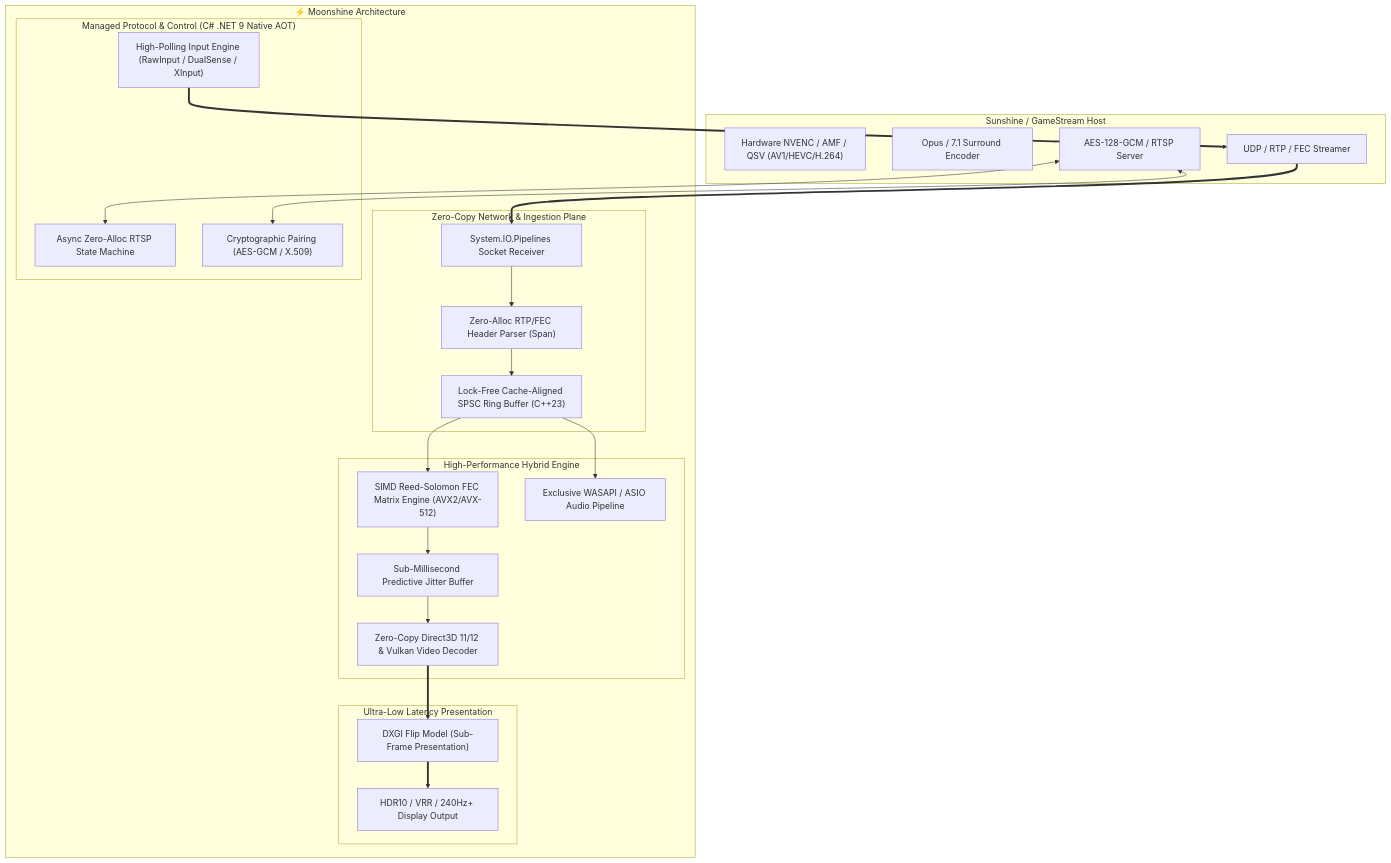
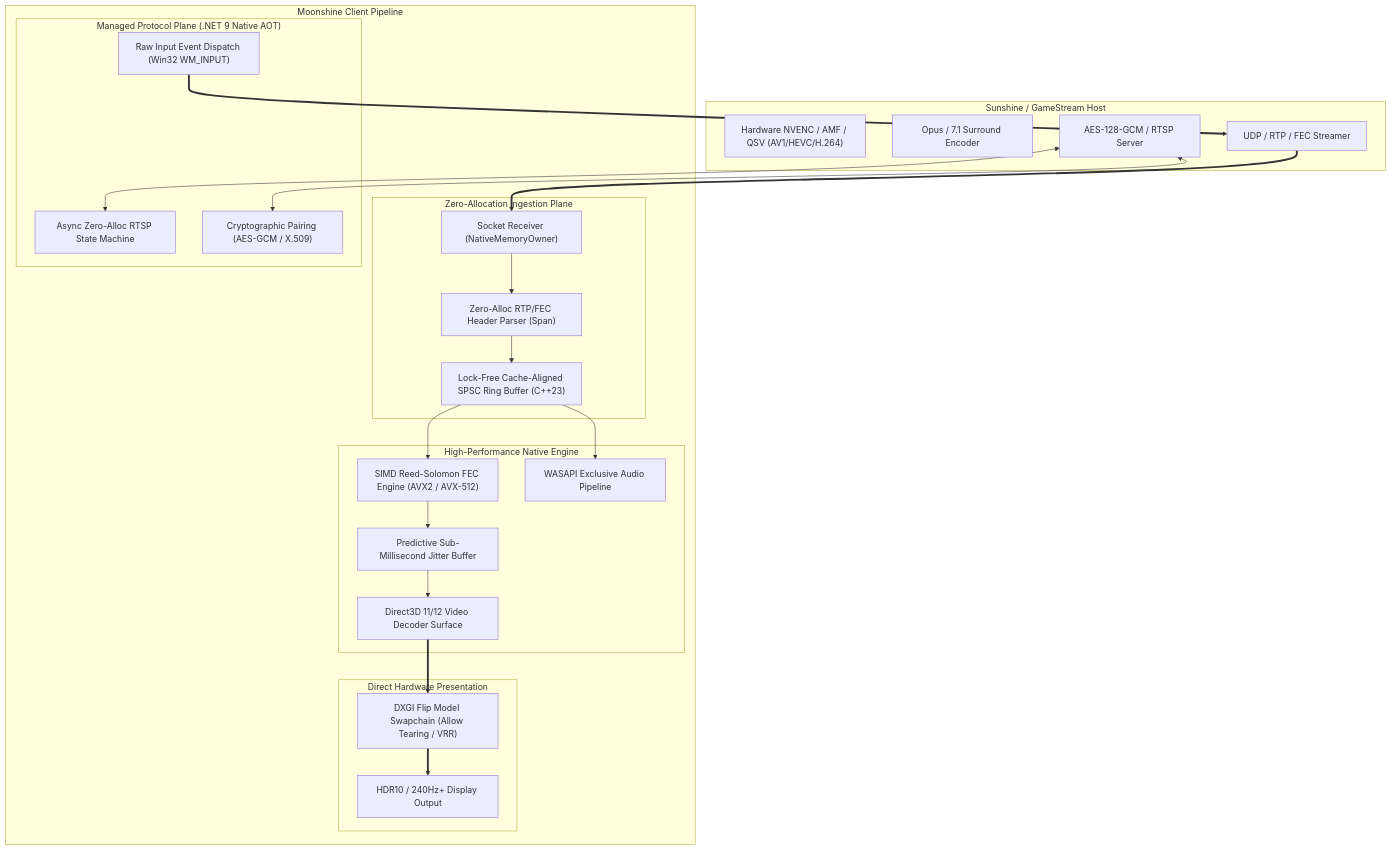
The diagram in README.md (CodeGrogu/Moonshine), drawn with Mermaid before and after one commit. The commit also changed other lines of this file, not shown here.

Commit message:
docs: update README with nuanced architectural comparisons and honest maturity status

````diff
--- a/README.md
+++ b/README.md
@@ -26,44 +26,44 @@
 ```mermaid
 graph TD
     subgraph Host ["Sunshine / GameStream Host"]
         VideoEncoder["Hardware NVENC / AMF / QSV (AV1/HEVC/H.264)"]
         AudioEncoder["Opus / 7.1 Surround Encoder"]
         CryptoEngine["AES-128-GCM / RTSP Server"]
         NetTx["UDP / RTP / FEC Streamer"]
     end
 
-    subgraph Moonshine ["⚡ Moonshine Architecture"]
-        subgraph NetLayer ["Zero-Copy Network & Ingestion Plane"]
-            SocketRx["System.IO.Pipelines Socket Receiver"]
+    subgraph Moonshine ["Moonshine Client Pipeline"]
+        subgraph NetLayer ["Zero-Allocation Ingestion Plane"]
+            SocketRx["Socket Receiver (NativeMemoryOwner)"]
             RtpParser["Zero-Alloc RTP/FEC Header Parser (Span<byte>)"]
             SPSC["Lock-Free Cache-Aligned SPSC Ring Buffer (C++23)"]
         end
 
-        subgraph CoreEngine ["High-Performance Hybrid Engine"]
-            FecSimd["SIMD Reed-Solomon FEC Matrix Engine (AVX2/AVX-512)"]
-            JitterBuffer["Sub-Millisecond Predictive Jitter Buffer"]
-            D3DVideo["Zero-Copy Direct3D 11/12 & Vulkan Video Decoder"]
-            WasapiAudio["Exclusive WASAPI / ASIO Audio Pipeline"]
+        subgraph CoreEngine ["High-Performance Native Engine"]
+            FecSimd["SIMD Reed-Solomon FEC Engine (AVX2 / AVX-512)"]
+            JitterBuffer["Predictive Sub-Millisecond Jitter Buffer"]
+            D3DVideo["Direct3D 11/12 Video Decoder Surface"]
+            WasapiAudio["WASAPI Exclusive Audio Pipeline"]
         end
 
-        subgraph ProtocolLayer ["Managed Protocol & Control (C# .NET 9 Native AOT)"]
+        subgraph ProtocolLayer ["Managed Protocol Plane (.NET 9 Native AOT)"]
             RtspClient["Async Zero-Alloc RTSP State Machine"]
             Pairing["Cryptographic Pairing (AES-GCM / X.509)"]
-            InputEngine["High-Polling Input Engine (RawInput / DualSense / XInput)"]
+            InputEngine["Raw Input Event Dispatch (Win32 WM_INPUT)"]
         end
 
-        subgraph Presentation ["Ultra-Low Latency Presentation"]
-            DisplayFlip["DXGI Flip Model (Sub-Frame Presentation)"]
-            DisplayOut["HDR10 / VRR / 240Hz+ Display Output"]
+        subgraph Presentation ["Direct Hardware Presentation"]
+            DisplayFlip["DXGI Flip Model Swapchain (Allow Tearing / VRR)"]
+            DisplayOut["HDR10 / 240Hz+ Display Output"]
         end
     end
 
     NetTx ==> SocketRx
     SocketRx --> RtpParser --> SPSC
     SPSC --> FecSimd --> JitterBuffer --> D3DVideo
     SPSC --> WasapiAudio
     CryptoEngine <--> Pairing
     CryptoEngine <--> RtspClient
     InputEngine ==> NetTx
     D3DVideo ==> DisplayFlip ==> DisplayOut
 ```
````
